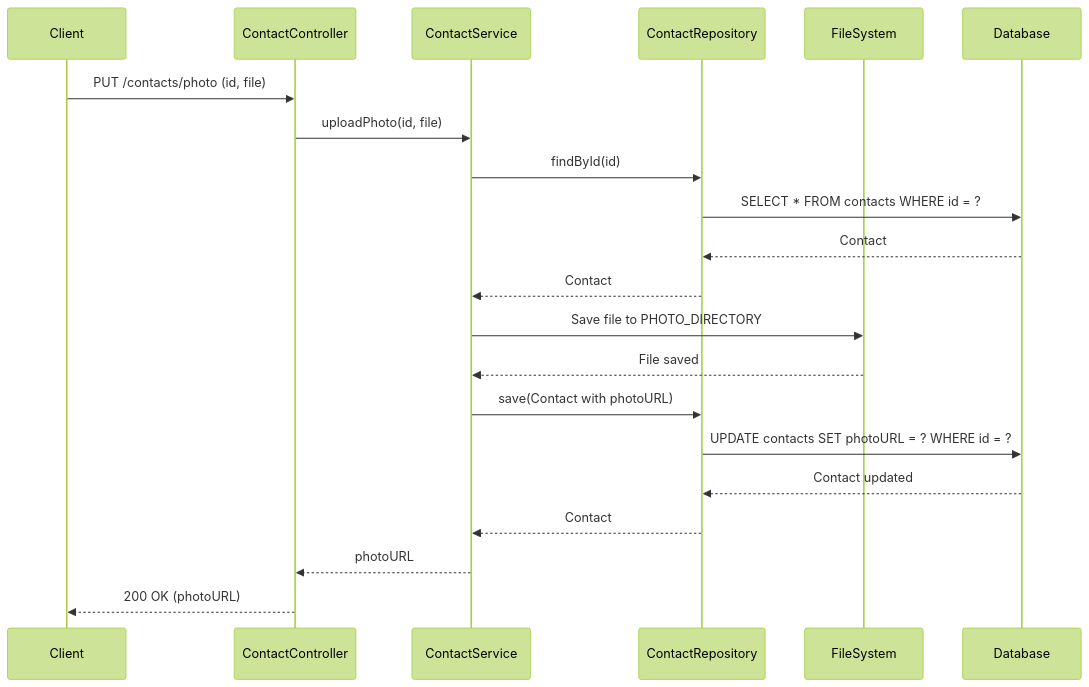
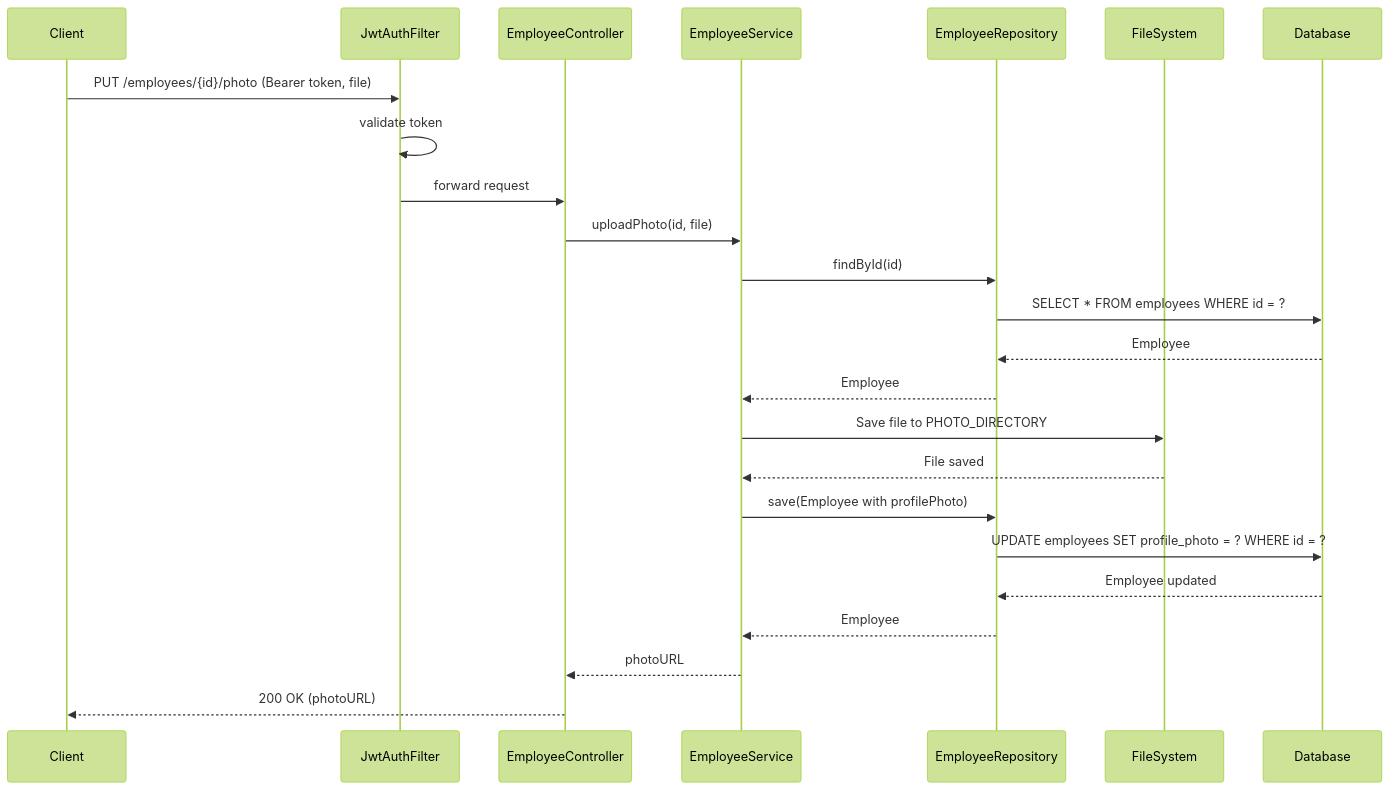
The fourth of 4 diagrams in employeeapi/docs/diagrams/sequence-diagram.md (dreeemchaser/ContactApp), drawn with Mermaid (forest theme) before and after one commit. The commit also changed other lines of this file and 18 other files, not shown here.

Commit message:
docs: update all documentation and config to reflect contactAPI → EmployeeHub migration

````diff
--- a/employeeapi/docs/diagrams/sequence-diagram.md
+++ b/employeeapi/docs/diagrams/sequence-diagram.md
@@ -70,24 +71,27 @@
 ```mermaid
 sequenceDiagram
     participant Client
-    participant ContactController
-    participant ContactService
-    participant ContactRepository
+    participant JwtAuthFilter
+    participant EmployeeController
+    participant EmployeeService
+    participant EmployeeRepository
     participant FileSystem
     participant Database
 
-    Client->>ContactController: PUT /contacts/photo (id, file)
-    ContactController->>ContactService: uploadPhoto(id, file)
-    ContactService->>ContactRepository: findById(id)
-    ContactRepository->>Database: SELECT * FROM contacts WHERE id = ?
-    Database-->>ContactRepository: Contact
-    ContactRepository-->>ContactService: Contact
-    ContactService->>FileSystem: Save file to PHOTO_DIRECTORY
-    FileSystem-->>ContactService: File saved
-    ContactService->>ContactRepository: save(Contact with photoURL)
-    ContactRepository->>Database: UPDATE contacts SET photoURL = ? WHERE id = ?
-    Database-->>ContactRepository: Contact updated
-    ContactRepository-->>ContactService: Contact
-    ContactService-->>ContactController: photoURL
-    ContactController-->>Client: 200 OK (photoURL)
+    Client->>JwtAuthFilter: PUT /employees/{id}/photo (Bearer token, file)
+    JwtAuthFilter->>JwtAuthFilter: validate token
+    JwtAuthFilter->>EmployeeController: forward request
+    EmployeeController->>EmployeeService: uploadPhoto(id, file)
+    EmployeeService->>EmployeeRepository: findById(id)
+    EmployeeRepository->>Database: SELECT * FROM employees WHERE id = ?
+    Database-->>EmployeeRepository: Employee
+    EmployeeRepository-->>EmployeeService: Employee
+    EmployeeService->>FileSystem: Save file to PHOTO_DIRECTORY
+    FileSystem-->>EmployeeService: File saved
+    EmployeeService->>EmployeeRepository: save(Employee with profilePhoto)
+    EmployeeRepository->>Database: UPDATE employees SET profile_photo = ? WHERE id = ?
+    Database-->>EmployeeRepository: Employee updated
+    EmployeeRepository-->>EmployeeService: Employee
+    EmployeeService-->>EmployeeController: photoURL
+    EmployeeController-->>Client: 200 OK (photoURL)
 ```
````
